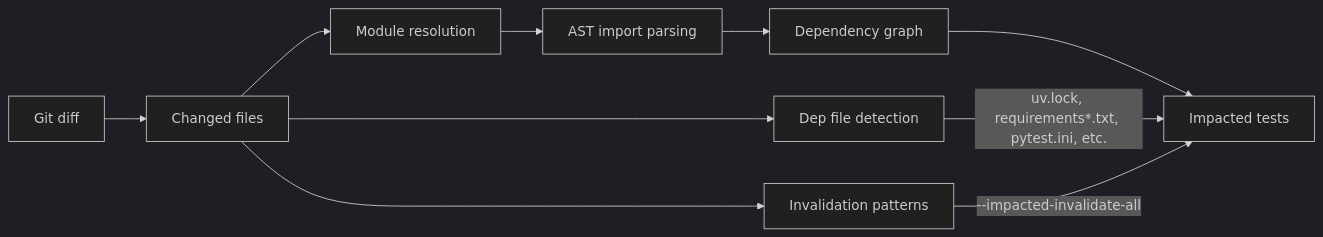
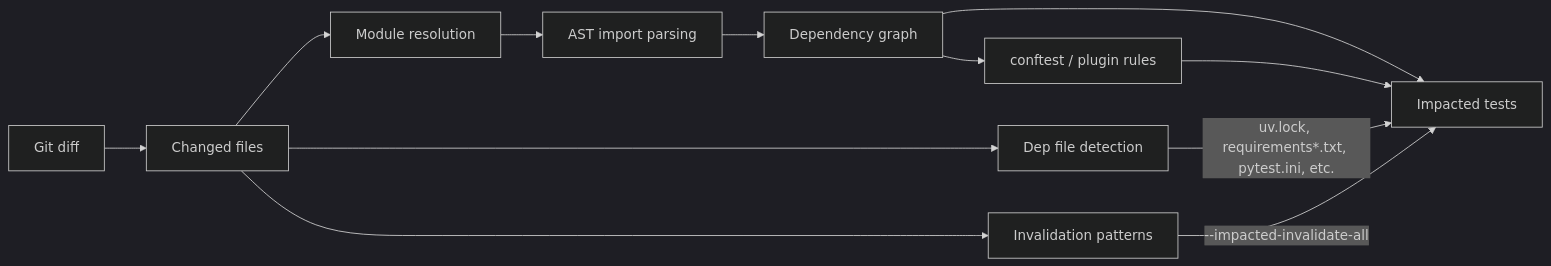
One commit to promptromp/pytest-impacted changed the diagram in docs/usage.md. Above: the diagram before and after it, drawn with Mermaid (dark theme). The commit also changed other lines of this file and 22 other files, not shown here.

````diff
--- a/docs/usage.md
+++ b/docs/usage.md
@@ -289,12 +292,14 @@
 ```mermaid
 graph LR
     A[Git diff] --> B[Changed files]
     B --> C[Module resolution]
     C --> D[AST import parsing]
     D --> E[Dependency graph]
     E --> G[Impacted tests]
+    E --> P[conftest / plugin rules]
+    P --> G
     B --> F[Dep file detection]
     F -->|uv.lock, requirements*.txt, pytest.ini, etc.| G
     B --> H[Invalidation patterns]
     H -->|--impacted-invalidate-all| G
 ```
````
